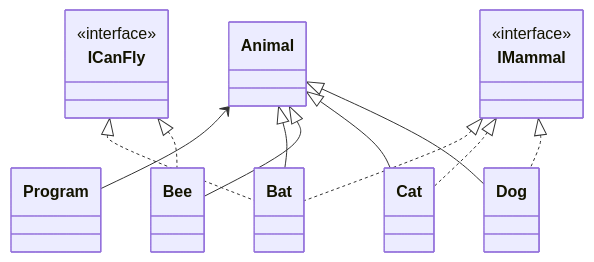
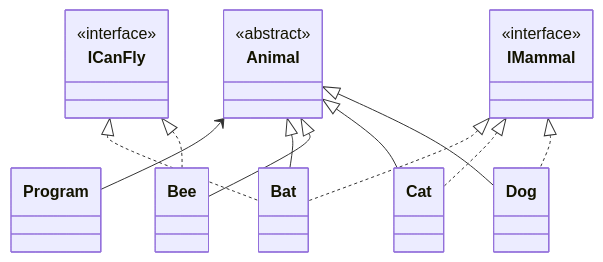
The diagram in README.md (FabioRibeiro404/LP1Semana08), drawn with Mermaid before and after one commit.

````diff
--- a/README.md
+++ b/README.md
@@ -3,24 +3,28 @@
 ```mermaid
  classDiagram
 Animal <-- Program
 
 Animal <|-- Bat
 Animal <|-- Bee
 Animal <|-- Cat
 Animal <|-- Dog
 
 IMammal <|.. Bat
 IMammal <|.. Cat
 IMammal <|.. Dog
 
 ICanFly <|.. Bat
 ICanFly <|.. Bee
 
+class Animal{
+<<abstract>>
+}
+
 class IMammal{
 <<interface>>
 }
 class ICanFly{
 <<interface>>
 }
 
 ```
````
